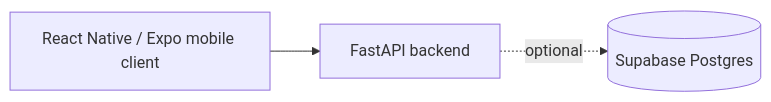
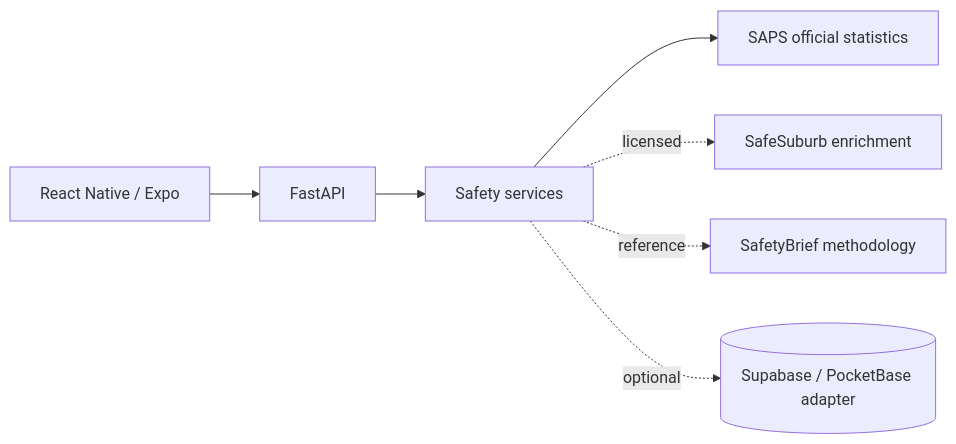
The diagram in backend/docs/architecture.md (MargaretThomas/travel-safe), drawn with Mermaid before and after one commit. The commit also changed other lines of this file and 12 other files, not shown here.

Commit message:
feat: add safety intelligence API foundation

````diff
--- a/backend/docs/architecture.md
+++ b/backend/docs/architecture.md
@@ -5,5 +5,9 @@
 ```mermaid
 flowchart LR
-    Mobile[React Native / Expo mobile client] --> API[FastAPI backend]
-    API -. optional .-> DB[(Supabase Postgres)]
+    Mobile[React Native / Expo] --> API[FastAPI]
+    API --> Services[Safety services]
+    Services --> SAPS[SAPS official statistics]
+    Services -. licensed .-> SafeSuburb[SafeSuburb enrichment]
+    Services -. reference .-> SafetyBrief[SafetyBrief methodology]
+    Services -. optional .-> DB[(Supabase / PocketBase adapter)]
 ```
````
